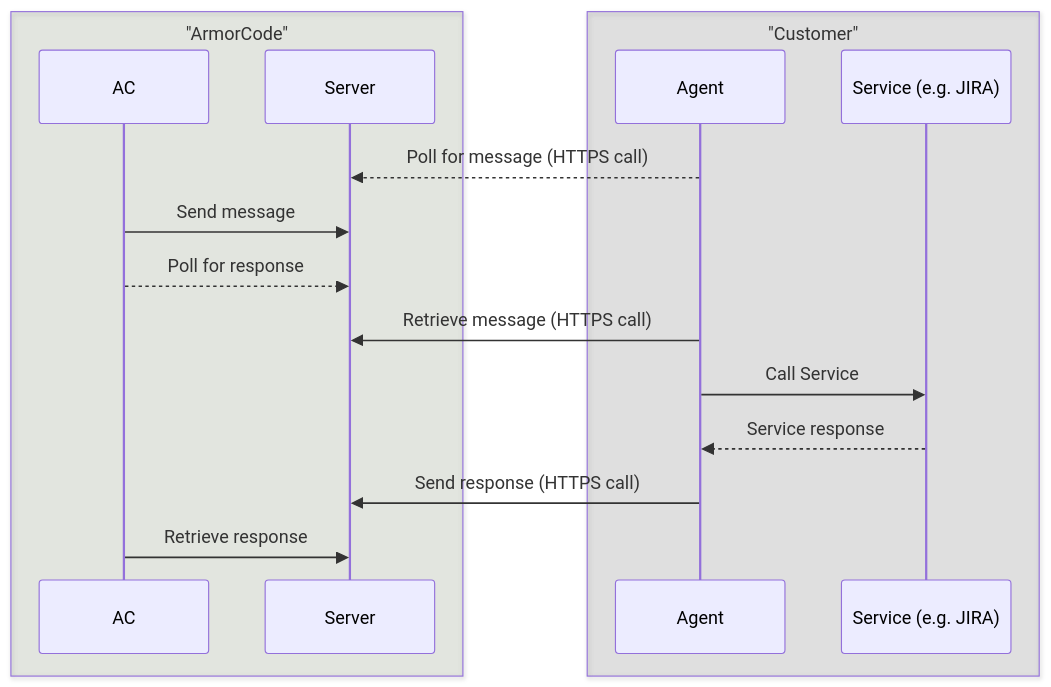
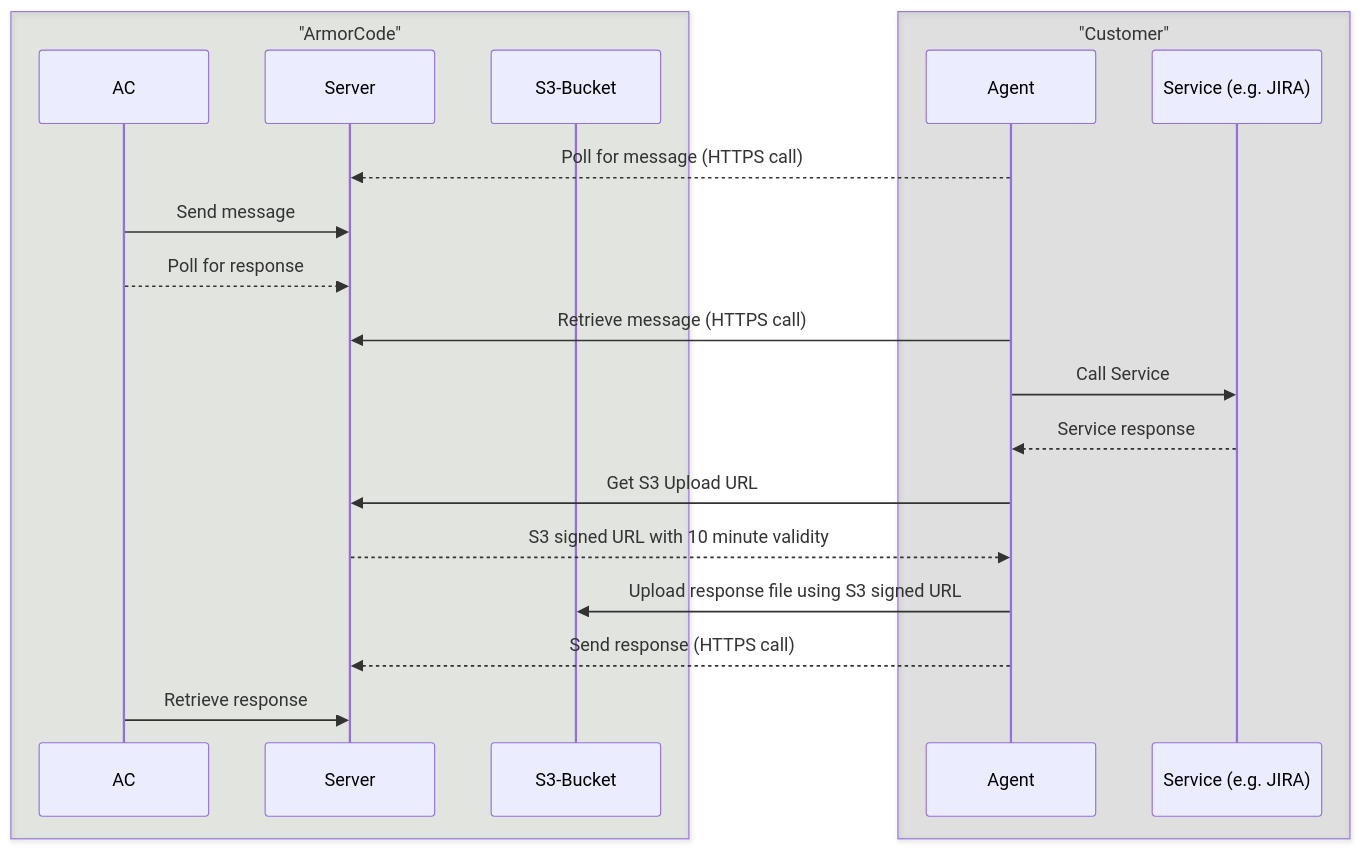
One commit to armor-code/agent changed the diagram in web-agent/README.md. Above: the diagram before and after it, drawn with Mermaid.

Commit message:
updated doc for web-agent

````diff
--- a/web-agent/README.md
+++ b/web-agent/README.md
@@ -3,20 +3,26 @@
 ```mermaid
 sequenceDiagram
   box rgba(33, 66, 00, 0.1) "ArmorCode"
     participant AC
     participant Server
+    participant S3-Bucket
   end
   box rgba(00, 00, 00, 0.1) "Customer"
     participant Agent
     participant Service (e.g. JIRA)
   end
 
     Agent-->>Server: Poll for message (HTTPS call)
     AC->>Server: Send message
     AC-->>Server: Poll for response
     Agent->>Server: Retrieve message (HTTPS call)
     Agent->>Service (e.g. JIRA): Call Service
     Service (e.g. JIRA)-->>Agent: Service response
-    Agent->>Server: Send response (HTTPS call)
+
+    Agent->>Server: Get S3 Upload URL
+    Server-->>Agent: S3 signed URL with 10 minute validity
+    Agent->>S3-Bucket: Upload response file using S3 signed URL
+
+    Agent-->>Server: Send response (HTTPS call)
     AC->>Server: Retrieve response
 ```
````
